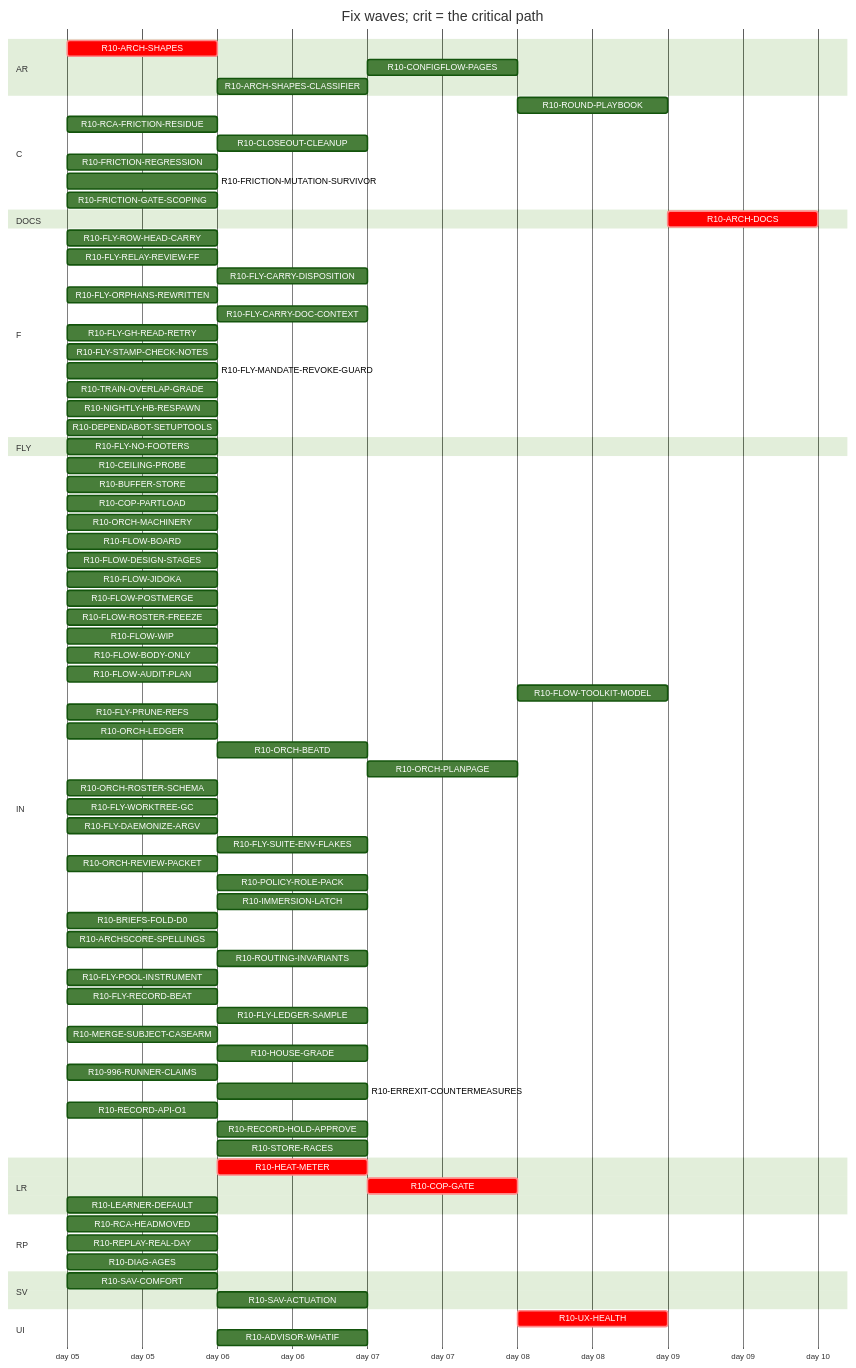
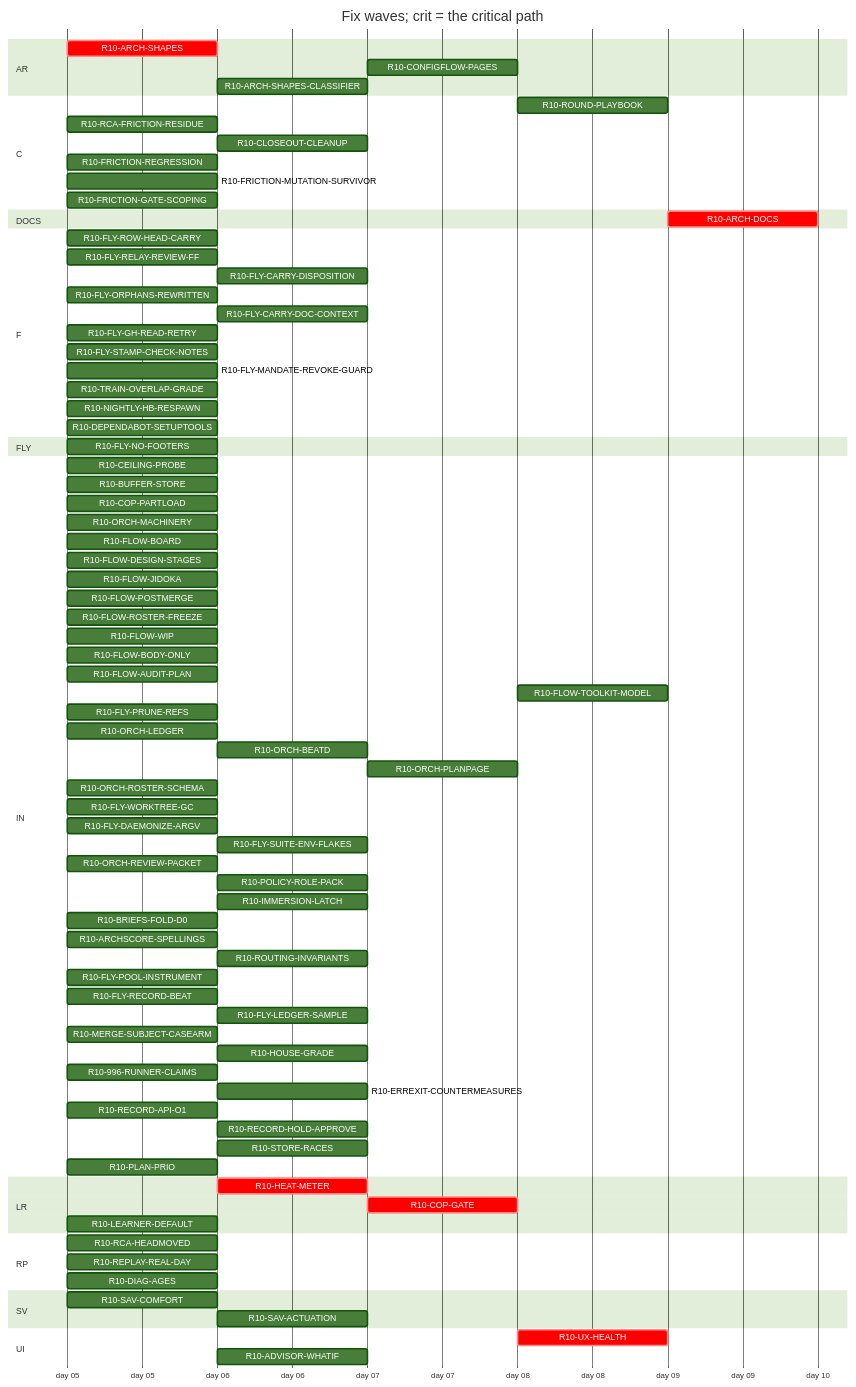
One commit to tvofi/heatpump_optimizer changed the diagram in handoff/round10/state/PLAN-TABLE.md. Above: the diagram before and after it, drawn with Mermaid (forest theme). The commit also changed other lines of this file and 2 other files, not shown here.

Commit message:
state: NEXT-SESSION-PROMPT.md, PLAN-TABLE.md, RESUME-CURRENT.md regenerated (state_docs.py)

```diff
--- a/handoff/round10/state/PLAN-TABLE.md
+++ b/handoff/round10/state/PLAN-TABLE.md
@@ -90,6 +90,7 @@
     R10-RECORD-API-O1 :r10RECORDAPIO1, 2026-01-05, 1d
     R10-RECORD-HOLD-APPROVE :r10RECORDHOLDAPPROVE, after r10ARCHSHAPES, 1d
     R10-STORE-RACES :r10STORERACES, after r10BUFFERSTORE, 1d
+    R10-PLAN-PRIO :r10PLANPRIO, 2026-01-05, 1d
   section LR
     R10-HEAT-METER :crit, r10HEATMETER, after r10ARCHSHAPES, 1d
     R10-COP-GATE :crit, r10COPGATE, after r10HEATMETER, 1d
```
